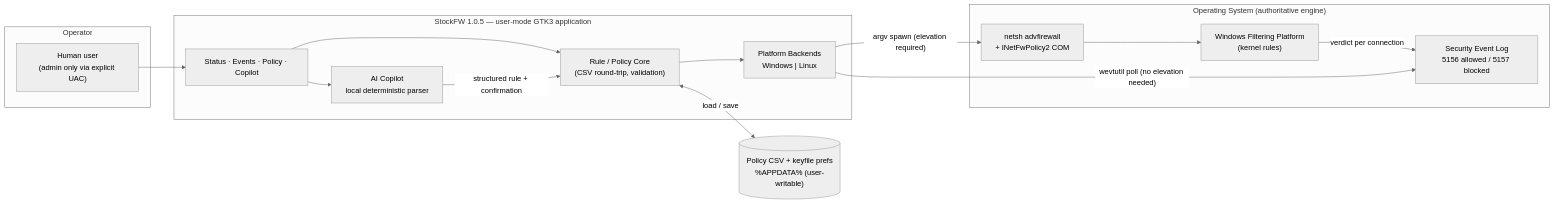
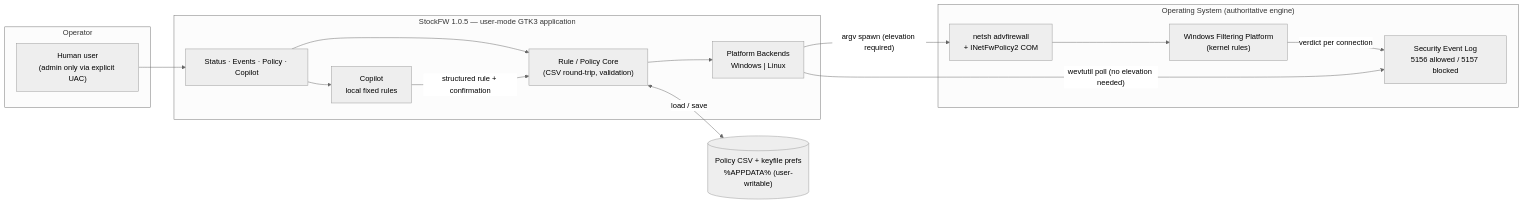
Before and after one commit to Cazo-Net/StockFW: the first of 8 diagrams in docs/ARCHITECTURE-AND-SECURITY.md, drawn with Mermaid (neutral theme). The commit also changed other lines of this file and 3 other files, not shown here.

````diff
--- a/docs/ARCHITECTURE-AND-SECURITY.md
+++ b/docs/ARCHITECTURE-AND-SECURITY.md
@@ -101,32 +101,32 @@
 ```mermaid
 flowchart LR
     subgraph Operator["Operator"]
         U["Human user<br/>(admin only via explicit UAC)"]
     end
 
     subgraph App["StockFW 1.0.5 — user-mode GTK3 application"]
         UI["Status · Events · Policy · Copilot"]
         CORE["Rule / Policy Core<br/>(CSV round-trip, validation)"]
         BACK["Platform Backends<br/>Windows | Linux"]
-        COPILOT["AI Copilot<br/>local deterministic parser"]
+        COPILOT["Copilot<br/>local fixed rules"]
     end
 
     subgraph OS["Operating System (authoritative engine)"]
         NETSH["netsh advfirewall<br/>+ INetFwPolicy2 COM"]
         WFP["Windows Filtering Platform<br/>(kernel rules)"]
         LOG["Security Event Log<br/>5156 allowed / 5157 blocked"]
     end
 
     STORE[("Policy CSV + keyfile prefs<br/>%APPDATA% (user-writable)")]
 
     U --> UI
     UI --> CORE
     UI --> COPILOT
     COPILOT -->|structured rule + confirmation| CORE
     CORE --> BACK
     BACK -->|"argv spawn (elevation required)"| NETSH
     NETSH --> WFP
     WFP -->|verdict per connection| LOG
     BACK -->|"wevtutil poll (no elevation needed)"| LOG
     CORE <-->|load / save| STORE
 ```
````
